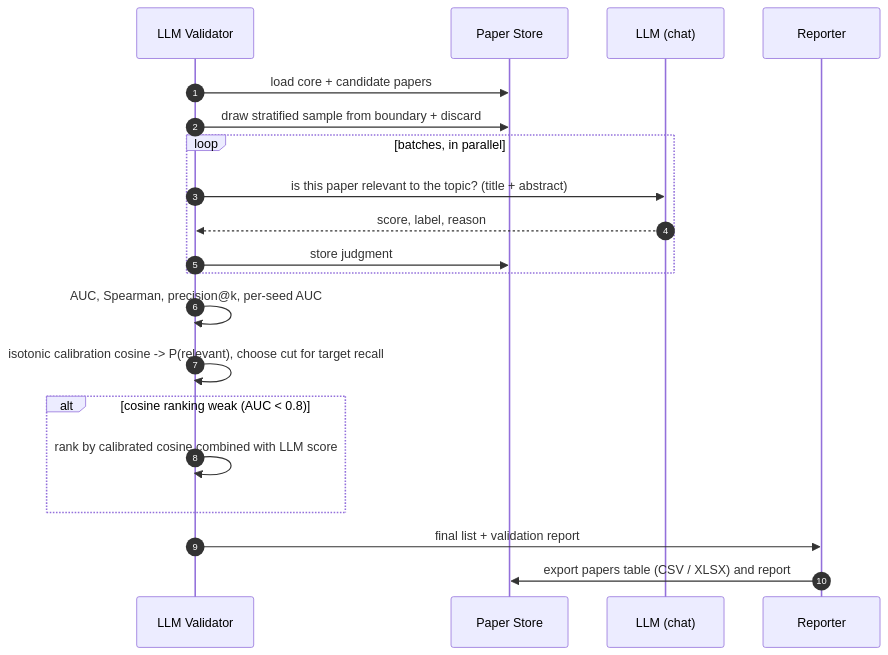
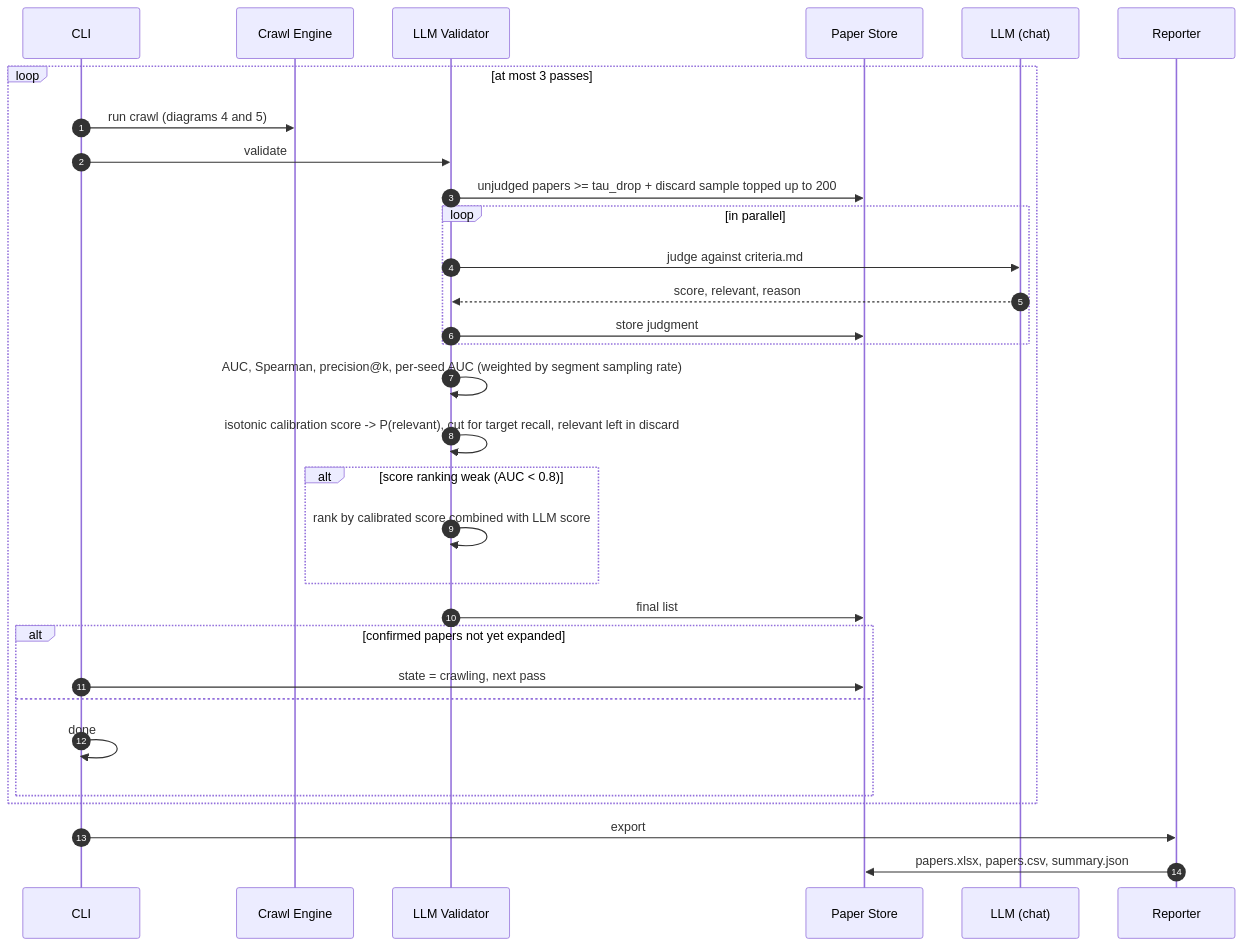
The sixth of 6 diagrams in docs/sequence-diagrams.md (soorimess/litscout), drawn with Mermaid before and after one commit. The commit also changed other lines of this file and 14 other files, not shown here.

````diff
--- a/docs/sequence-diagrams.md
+++ b/docs/sequence-diagrams.md
@@ -114,23 +183,34 @@
 ```mermaid
 sequenceDiagram
     autonumber
+    participant CLI
+    participant CE as Crawl Engine
     participant VA as LLM Validator
     participant DB as Paper Store
     participant LLM as LLM (chat)
     participant RP as Reporter
 
-    VA->>DB: load core + candidate papers
-    VA->>DB: draw stratified sample from boundary + discard
-    loop batches, in parallel
-        VA->>LLM: is this paper relevant to the topic? (title + abstract)
-        LLM-->>VA: score, label, reason
-        VA->>DB: store judgment
+    loop at most 3 passes
+        CLI->>CE: run crawl (diagrams 4 and 5)
+        CLI->>VA: validate
+        VA->>DB: unjudged papers >= tau_drop + discard sample topped up to 200
+        loop in parallel
+            VA->>LLM: judge against criteria.md
+            LLM-->>VA: score, relevant, reason
+            VA->>DB: store judgment
+        end
+        VA->>VA: AUC, Spearman, precision@k, per-seed AUC (weighted by segment sampling rate)
+        VA->>VA: isotonic calibration score -> P(relevant), cut for target recall, relevant left in discard
+        alt score ranking weak (AUC < 0.8)
+            VA->>VA: rank by calibrated score combined with LLM score
+        end
+        VA->>DB: final list
+        alt confirmed papers not yet expanded
+            CLI->>DB: state = crawling, next pass
+        else
+            CLI->>CLI: done
+        end
     end
-    VA->>VA: AUC, Spearman, precision@k, per-seed AUC
-    VA->>VA: isotonic calibration cosine -> P(relevant), choose cut for target recall
-    alt cosine ranking weak (AUC < 0.8)
-        VA->>VA: rank by calibrated cosine combined with LLM score
-    end
-    VA->>RP: final list + validation report
-    RP->>DB: export papers table (CSV / XLSX) and report
+    CLI->>RP: export
+    RP->>DB: papers.xlsx, papers.csv, summary.json
 ```
````
